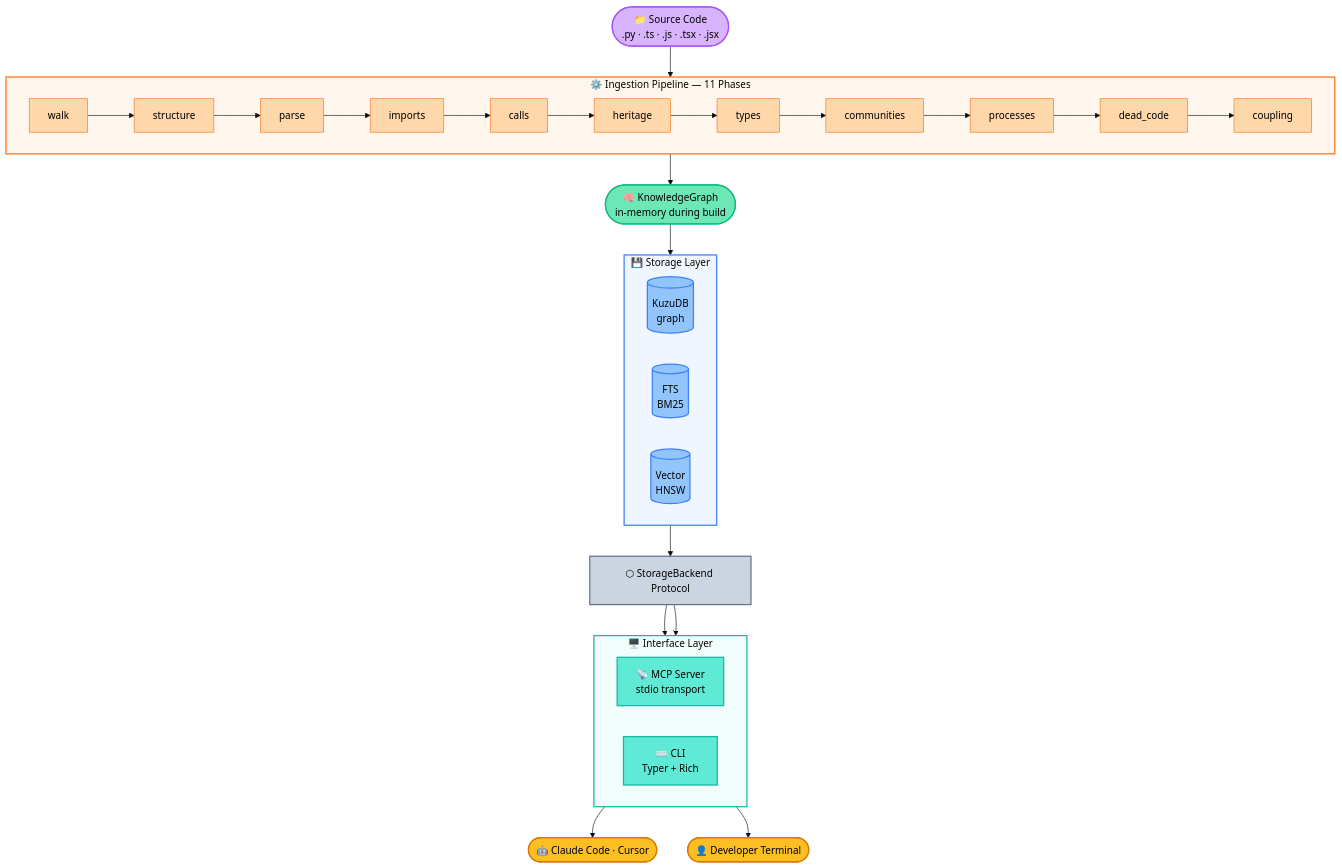
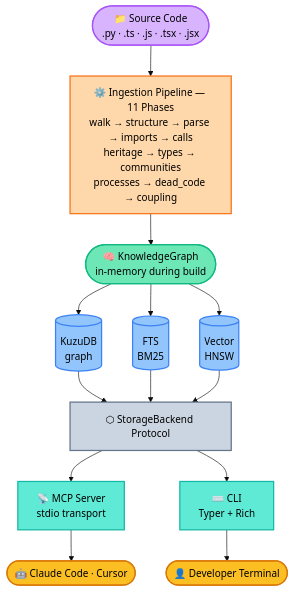
The second of 2 diagrams in README.md (scanadi/synaptiq), drawn with Mermaid (base theme) before and after one commit.

Commit message:
docs: fix architecture diagram layout for GitHub rendering
Drop subgraphs with direction LR (broken on GitHub) in favor of
fan-out/fan-in edges that naturally place storage nodes side-by-side.
Condense 11 pipeline phases into a single readable box.

````diff
--- a/README.md
+++ b/README.md
@@ -518,59 +518,48 @@
 ```mermaid
 flowchart TB
     SRC(["📁 Source Code<br/>.py · .ts · .js · .tsx · .jsx"])
 
-    subgraph PIPELINE ["⚙️ Ingestion Pipeline — 11 Phases"]
-        direction LR
-        W["walk"] --> S["structure"] --> P["parse"] --> I["imports"] --> C["calls"] --> H["heritage"]
-        H --> T["types"] --> CM["communities"] --> PR["processes"] --> DC["dead_code"] --> CP["coupling"]
-    end
+    PIPELINE["⚙️ Ingestion Pipeline — 11 Phases<br/>walk → structure → parse → imports → calls<br/>heritage → types → communities<br/>processes → dead_code → coupling"]
 
     KG(["🧠 KnowledgeGraph<br/>in-memory during build"])
 
-    subgraph STORAGE ["💾 Storage Layer"]
-        direction LR
-        KUZU[(KuzuDB<br/>graph)]
-        FTS[(FTS<br/>BM25)]
-        VEC[(Vector<br/>HNSW)]
-    end
+    KUZU[(KuzuDB<br/>graph)]
+    FTS[(FTS<br/>BM25)]
+    VEC[(Vector<br/>HNSW)]
 
     PROTO["⬡ StorageBackend Protocol"]
 
-    subgraph INTERFACE ["🖥️ Interface Layer"]
-        direction LR
-        MCP_OUT["📡 MCP Server<br/>stdio transport"]
-        CLI_OUT["⌨️ CLI<br/>Typer + Rich"]
-    end
+    MCP_OUT["📡 MCP Server<br/>stdio transport"]
+    CLI_OUT["⌨️ CLI<br/>Typer + Rich"]
 
     CLAUDE(["🤖 Claude Code · Cursor"])
     DEV(["👤 Developer Terminal"])
 
-    SRC --> PIPELINE
-    PIPELINE --> KG
-    KG --> STORAGE
-    STORAGE --> PROTO
+    SRC --> PIPELINE --> KG
+    KG --> KUZU
+    KG --> FTS
+    KG --> VEC
+    KUZU --> PROTO
+    FTS --> PROTO
+    VEC --> PROTO
     PROTO --> MCP_OUT
     PROTO --> CLI_OUT
     MCP_OUT --> CLAUDE
     CLI_OUT --> DEV
 
-    style PIPELINE fill:#fff7ed,stroke:#f97316,stroke-width:2px
-    style STORAGE fill:#eff6ff,stroke:#3b82f6,stroke-width:2px
-    style INTERFACE fill:#f0fdfa,stroke:#14b8a6,stroke-width:2px
-
     classDef source fill:#d8b4fe,stroke:#a855f7,color:#000,stroke-width:2px
-    classDef phase fill:#fed7aa,stroke:#f97316,color:#000
+    classDef pipeline fill:#fed7aa,stroke:#f97316,color:#000,stroke-width:2px
     classDef kg fill:#6ee7b7,stroke:#10b981,color:#000,stroke-width:2px
     classDef store fill:#93c5fd,stroke:#3b82f6,color:#000,stroke-width:2px
     classDef proto fill:#cbd5e1,stroke:#64748b,color:#000,stroke-width:2px
     classDef iface fill:#5eead4,stroke:#14b8a6,color:#000,stroke-width:2px
     classDef user fill:#fbbf24,stroke:#d97706,color:#000,stroke-width:2px
 
     class SRC source
-    class W,S,P,I,C,H,T,CM,PR,DC,CP phase
+    class PIPELINE pipeline
     class KG kg
     class KUZU,FTS,VEC store
     class PROTO proto
     class MCP_OUT,CLI_OUT iface
     class CLAUDE,DEV user
 ```
````
